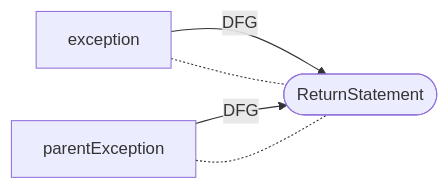
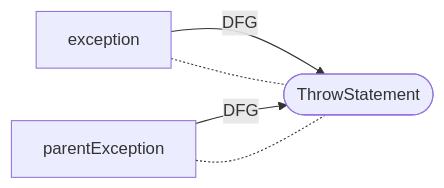
One commit to Fraunhofer-AISEC/cpg changed diagram 25 of 38 in docs/docs/CPG/specs/dfg.md. Above: the diagram before and after it, drawn with Mermaid. The commit also changed 1 other file, not shown here.

Commit message:
Fix bugs in docs page

````diff
--- a/docs/docs/CPG/specs/dfg.md
+++ b/docs/docs/CPG/specs/dfg.md
@@ -404,7 +404,7 @@
 ```mermaid
   flowchart LR
-    exception -- DFG --> node([ReturnStatement]);
+    exception -- DFG --> node([ThrowStatement]);
     parentException -- DFG --> node;
     exception -.- node;
     parentException -.- node;
 ```
````
